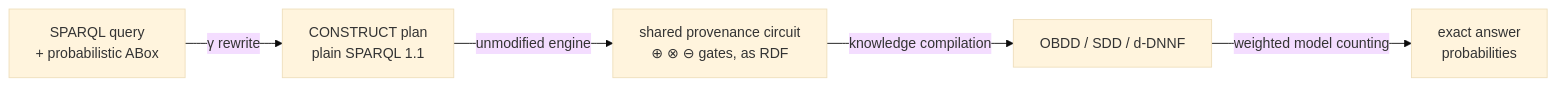
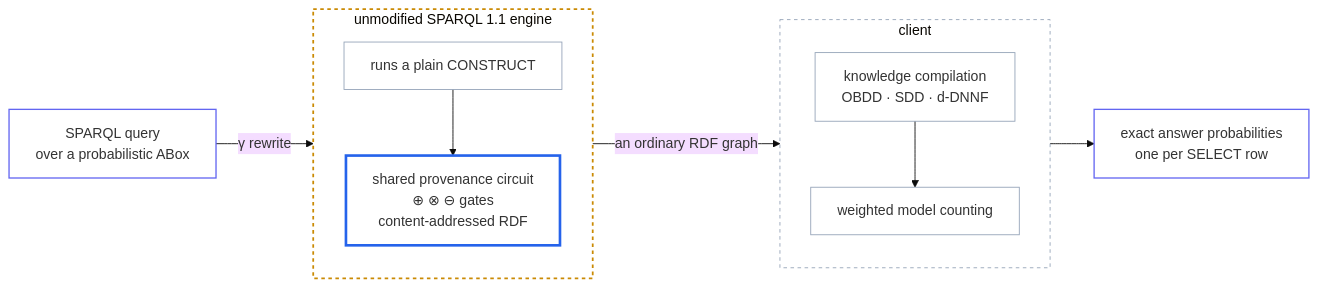
The diagram in README.md (0sidewalkenforcer0/SPARQLcirc), drawn with Mermaid (base theme) before and after one commit.

Commit message:
docs: redraw the pipeline diagram around who does what
The old four-box chain said what happens but not the thing that matters:
which side of the wire each step runs on. The engine is now a box of its own,
labelled unmodified, containing the two steps it performs -- it runs a plain
CONSTRUCT and the circuit falls out -- and the client box holds only
compilation and counting. The artifacts crossing between them are on the
arrows, because "an ordinary RDF graph" is the claim, not an implementation
note.

Styling is stroke-only with transparent fills, so the diagram reads the same
in GitHub's light and dark themes instead of sitting as a bright card on a
dark page. Amber dashed marks the part you do not modify, a heavy blue stroke
marks the circuit itself, and line breaks are explicit so no label splits a
word mid-hyphen. Rendered and inspected in both themes before committing.

````diff
--- a/README.md
+++ b/README.md
@@ -24,7 +24,30 @@
 ```mermaid
 flowchart LR
-    Q["SPARQL query<br/>+ probabilistic ABox"] -->|"γ rewrite"| C["CONSTRUCT plan<br/>plain SPARQL 1.1"]
-    C -->|"unmodified engine"| G["shared provenance circuit<br/>⊕ ⊗ ⊖ gates, as RDF"]
-    G -->|"knowledge compilation"| B["OBDD / SDD / d-DNNF"]
-    B -->|"weighted model counting"| P["exact answer<br/>probabilities"]
+    Q["SPARQL query<br/>over a probabilistic ABox"]:::io
+
+    subgraph EN["unmodified SPARQL 1.1 engine"]
+        direction TB
+        C["runs a plain CONSTRUCT"]:::step
+        G["shared provenance circuit<br/>⊕ ⊗ ⊖ gates<br/>content-addressed RDF"]:::hero
+        C --> G
+    end
+
+    subgraph CL["client"]
+        direction TB
+        K["knowledge compilation<br/>OBDD · SDD · d-DNNF"]:::step
+        W["weighted model counting"]:::step
+        K --> W
+    end
+
+    P["exact answer probabilities<br/>one per SELECT row"]:::io
+
+    Q -->|"γ rewrite"| C
+    G -->|"an ordinary RDF graph"| K
+    W --> P
+
+    classDef io fill:transparent,stroke:#6366f1,stroke-width:1.5px
+    classDef step fill:transparent,stroke:#94a3b8
+    classDef hero fill:transparent,stroke:#2563eb,stroke-width:3px
+    style CL fill:transparent,stroke:#94a3b8,stroke-dasharray:4 4
+    style EN fill:transparent,stroke:#ca8a04,stroke-width:2px,stroke-dasharray:4 4
 ```
````
